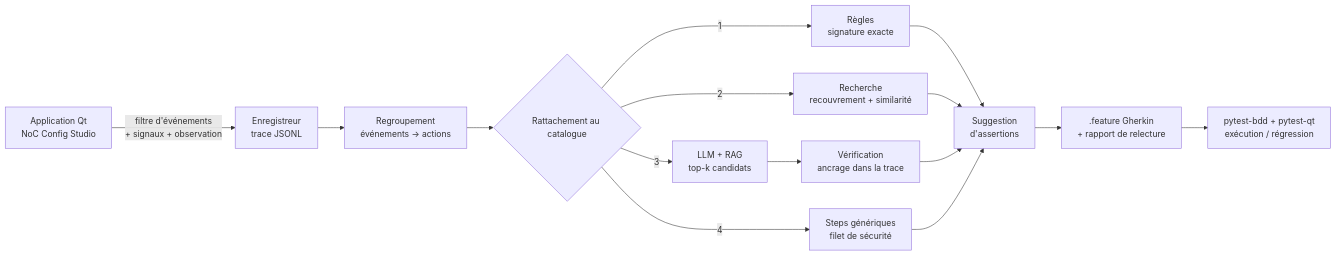
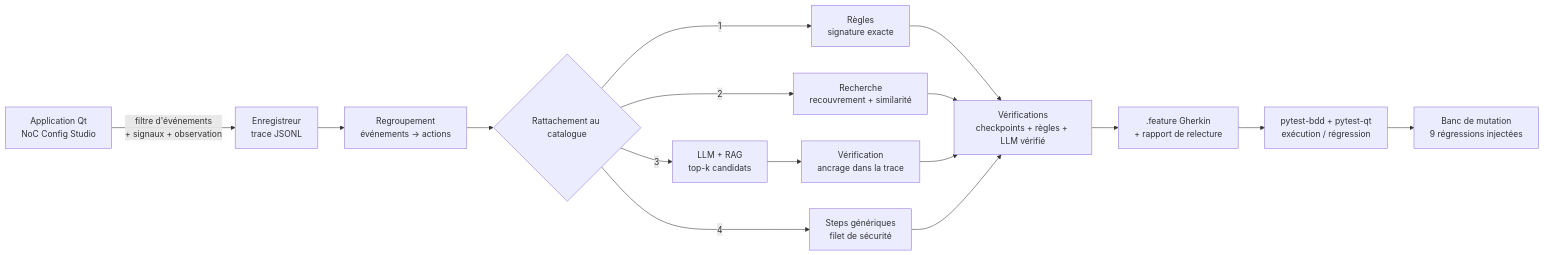
Before and after one commit to youssefameziane2-arch/demo2test: the diagram in README.md, drawn with Mermaid. The commit also changed other lines of this file and 33 other files, not shown here.

First line of the commit message:
LLM-suggested checks, mutation bench, step library import, hand-recorded demos

````diff
--- a/README.md
+++ b/README.md
@@ -32,14 +36,15 @@
 ```mermaid
 flowchart LR
     A[Application Qt<br/>NoC Config Studio] -->|filtre d'événements<br/>+ signaux + observation| B[Enregistreur<br/>trace JSONL]
     B --> C[Regroupement<br/>événements → actions]
     C --> D{Rattachement au catalogue}
     D -->|1| R[Règles<br/>signature exacte]
     D -->|2| S[Recherche<br/>recouvrement + similarité]
     D -->|3| L[LLM + RAG<br/>top-k candidats]
     L --> V[Vérification<br/>ancrage dans la trace]
     D -->|4| G[Steps génériques<br/>filet de sécurité]
-    R & S & V & G --> E[Suggestion<br/>d'assertions]
+    R & S & V & G --> E[Vérifications<br/>checkpoints + règles + LLM vérifié]
     E --> F[.feature Gherkin<br/>+ rapport de relecture]
     F --> X[pytest-bdd + pytest-qt<br/>exécution / régression]
+    X --> M[Banc de mutation<br/>9 régressions injectées]
 ```
````
